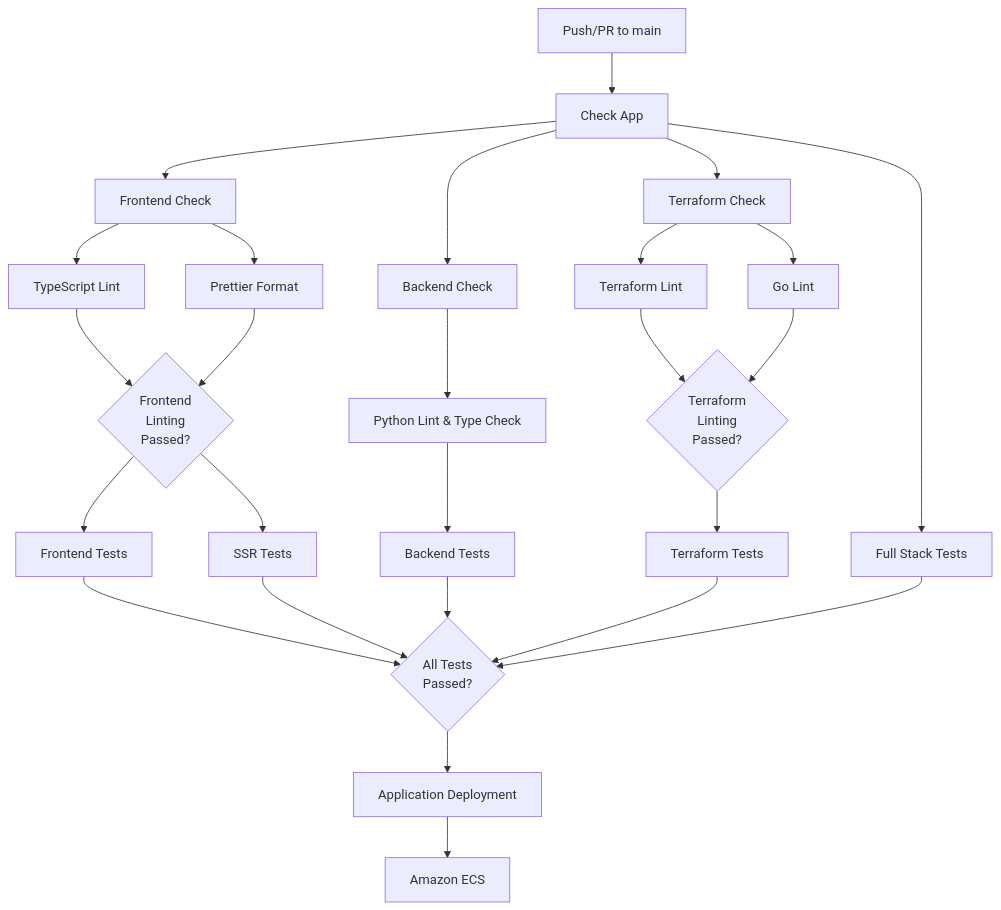
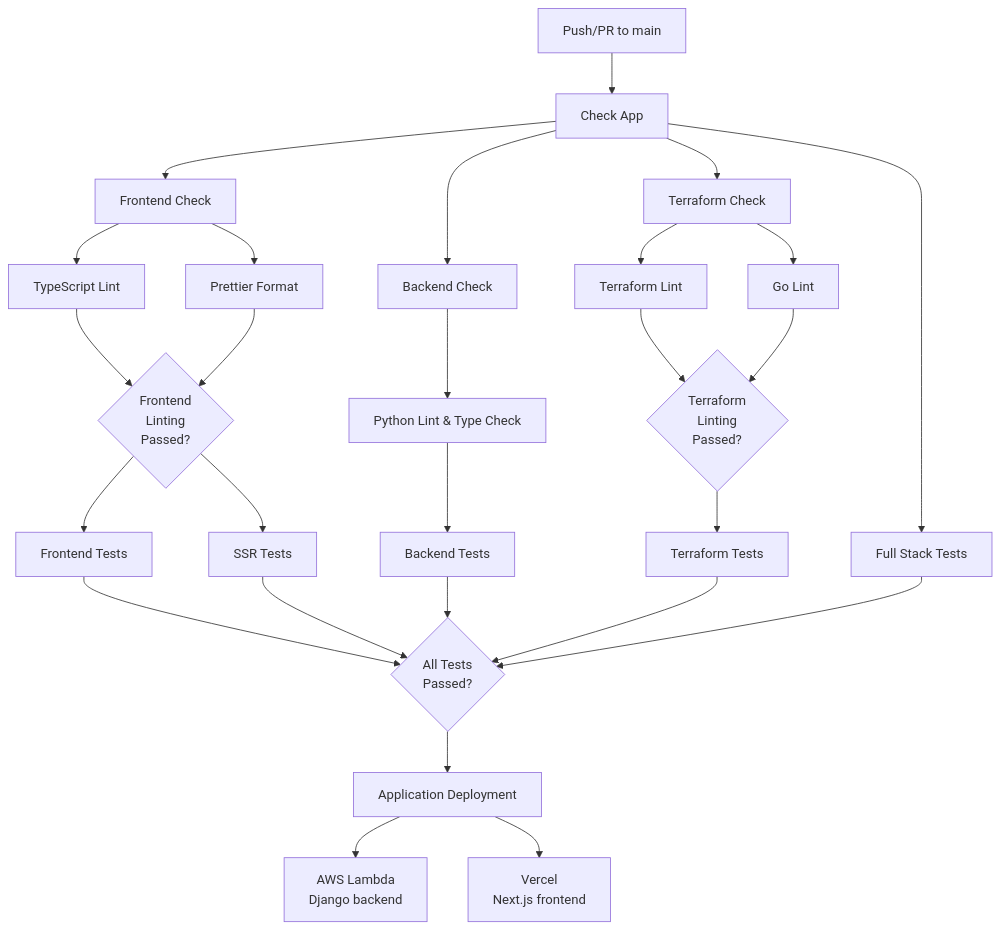
The diagram in docs/development.md (lhadjchikh/coalition-builder), drawn with Mermaid before and after one commit. The commit also changed other lines of this file and 12 other files, not shown here.

````diff
--- a/docs/development.md
+++ b/docs/development.md
@@ -76,44 +76,45 @@
 ```mermaid
 %%{init: {'theme':'basic'}}%%
 flowchart TD
     %% Main trigger
     push[Push/PR to main] --> check_app[Check App]
 
     %% Check App branches
     check_app --> frontend_check[Frontend Check]
     check_app --> backend_check[Backend Check]
     check_app --> terraform_check[Terraform Check]
     check_app --> fullstack_tests[Full Stack Tests]
 
     %% Frontend workflow
     frontend_check --> ts_lint[TypeScript Lint]
     frontend_check --> prettier[Prettier Format]
     ts_lint --> frontend_lint_complete{"Frontend<br/>Linting<br/>Passed?"}
     prettier --> frontend_lint_complete
     frontend_lint_complete --> frontend_tests[Frontend Tests]
     frontend_lint_complete --> ssr_tests[SSR Tests]
 
     %% Backend workflow
     backend_check --> python_lint[Python Lint & Type Check]
     python_lint --> backend_tests[Backend Tests]
 
     %% Terraform workflow
     terraform_check --> tf_lint[Terraform Lint]
     terraform_check --> go_lint[Go Lint]
     tf_lint --> terraform_lint_complete{"Terraform<br/>Linting<br/>Passed?"}
     go_lint --> terraform_lint_complete
     terraform_lint_complete --> terraform_tests[Terraform Tests]
 
     %% All tests converge to deployment decision
     frontend_tests --> tests_complete{"All Tests<br/>Passed?"}
     ssr_tests --> tests_complete
     backend_tests --> tests_complete
     terraform_tests --> tests_complete
     fullstack_tests --> tests_complete
 
     %% Decision to deployment
     tests_complete --> app_deploy[Application Deployment]
 
-    %% Deployment to AWS
-    app_deploy --> ecs[Amazon ECS]
+    %% Deployment
+    app_deploy --> lambda[AWS Lambda<br/>Django backend]
+    app_deploy --> vercel[Vercel<br/>Next.js frontend]
 ```
````
